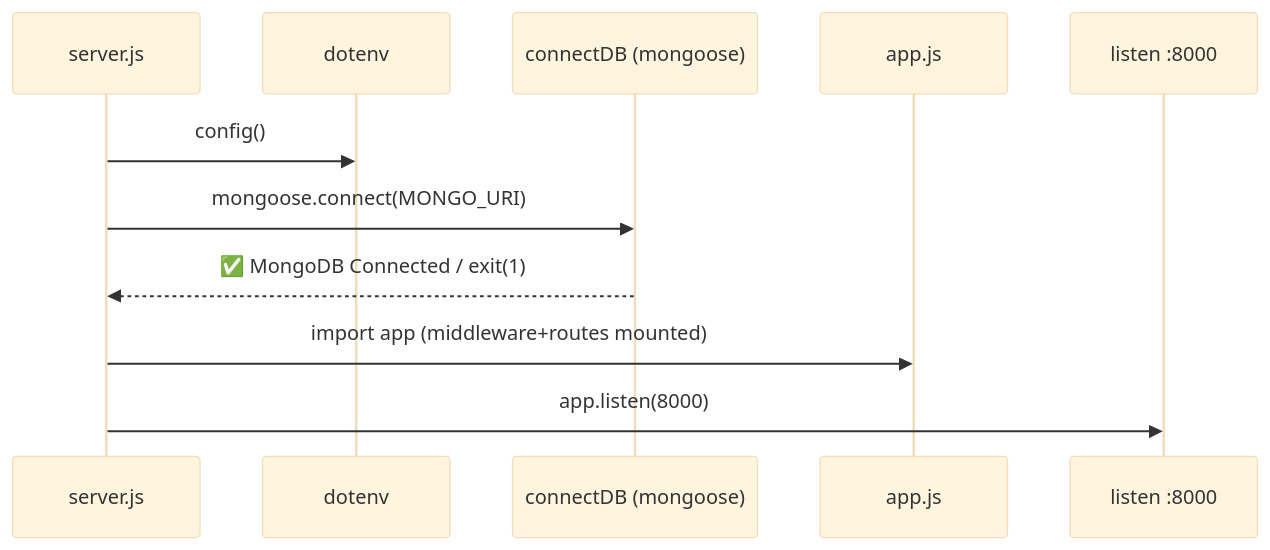
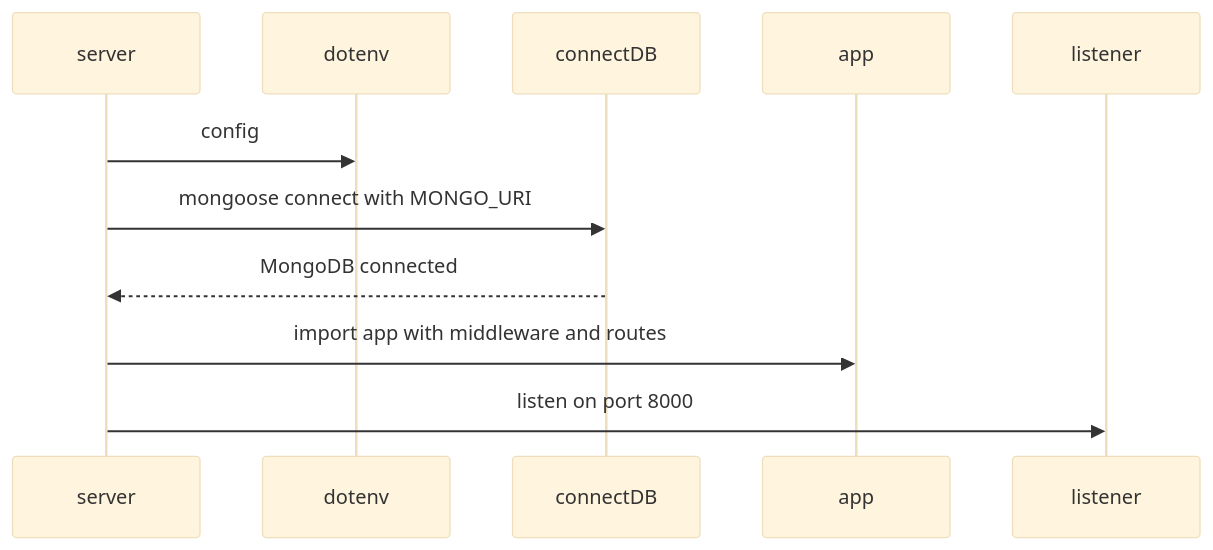
Before and after one commit to sai4u-dev/accio-connect: the second of 3 diagrams in docs/ARCHITECTURE.md, drawn with Mermaid (base theme). The commit also changed other lines of this file and 3 other files, not shown here.

Commit message:
docs: update architecture and database design documentation for clarity and consistency

````diff
--- a/docs/ARCHITECTURE.md
+++ b/docs/ARCHITECTURE.md
@@ -96,13 +96,13 @@
 ```mermaid
 sequenceDiagram
-    participant S as server.js
+    participant S as server
     participant E as dotenv
-    participant D as connectDB (mongoose)
-    participant A as app.js
-    participant L as listen :8000
-    S->>E: config()
-    S->>D: mongoose.connect(MONGO_URI)
-    D-->>S: ✅ MongoDB Connected / exit(1)
-    S->>A: import app (middleware+routes mounted)
-    S->>L: app.listen(8000)
+    participant D as connectDB
+    participant A as app
+    participant L as listener
+    S->>E: config
+    S->>D: mongoose connect with MONGO_URI
+    D-->>S: MongoDB connected
+    S->>A: import app with middleware and routes
+    S->>L: listen on port 8000
 ```
````
